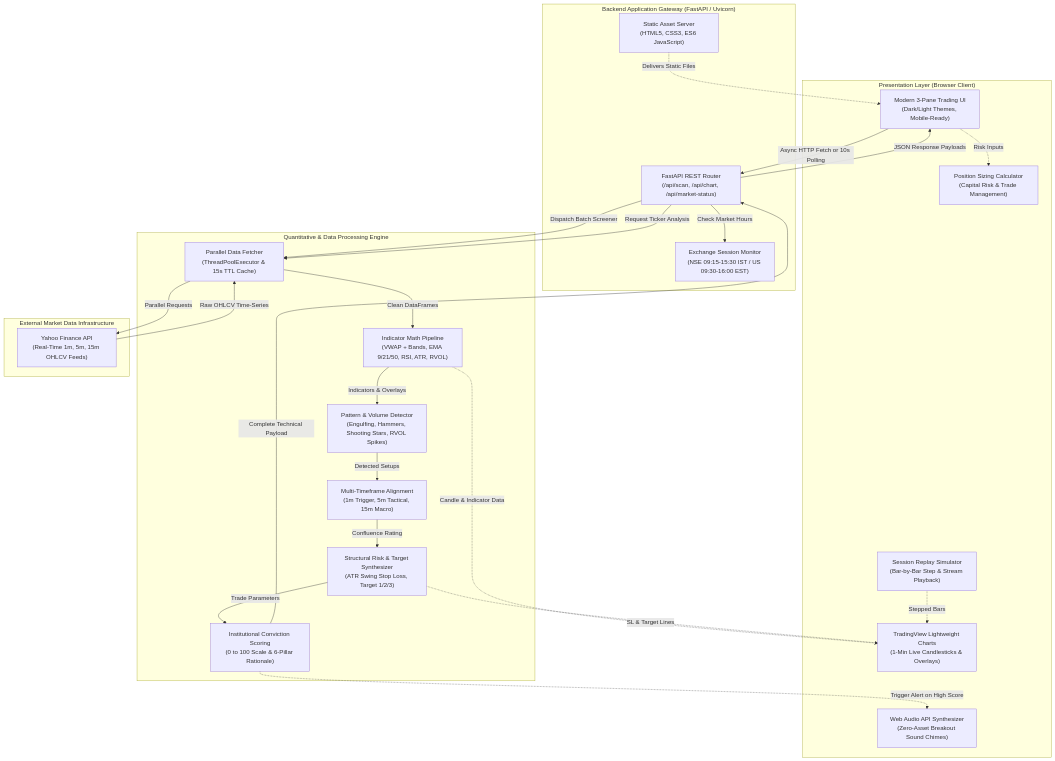
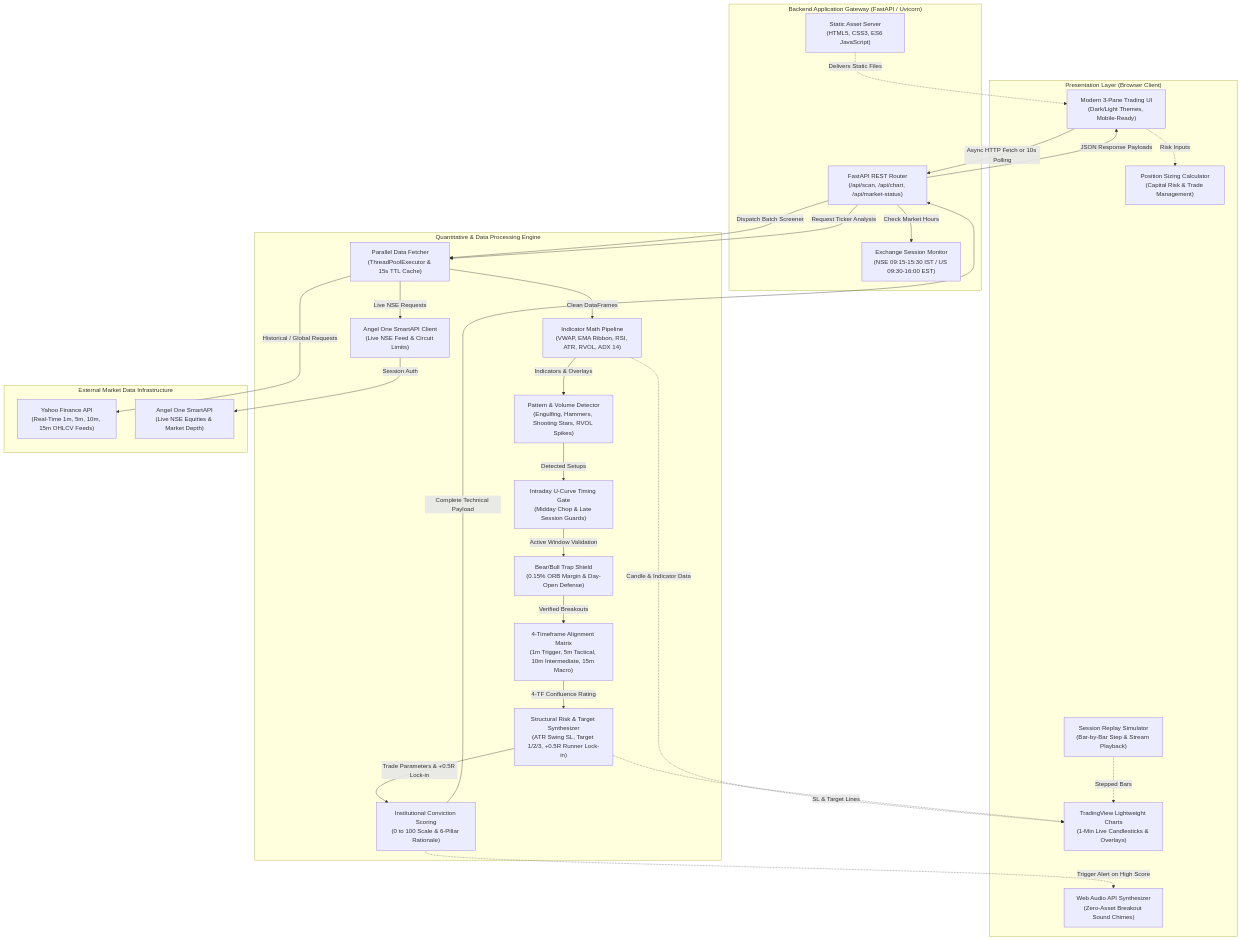
Before and after one commit to amitgupta2005/AntiGravity: the diagram in Intraday Stock Picker/README.md, drawn with Mermaid. The commit also changed other lines of this file and 11 other files, not shown here.

Commit message:
feat(intraday-picker): implement short selling, 4-TF confluence, backtesting engine, and anti-curve-fitting enhancements

````diff
--- a/Intraday Stock Picker/README.md
+++ b/Intraday Stock Picker/README.md
@@ -130,53 +171,60 @@
 ```mermaid
 flowchart TD
     subgraph Client["Presentation Layer (Browser Client)"]
         UI["Modern 3-Pane Trading UI<br/>(Dark/Light Themes, Mobile-Ready)"]
         TVC["TradingView Lightweight Charts<br/>(1-Min Live Candlesticks & Overlays)"]
         Replay["Session Replay Simulator<br/>(Bar-by-Bar Step & Stream Playback)"]
         Audio["Web Audio API Synthesizer<br/>(Zero-Asset Breakout Sound Chimes)"]
         PosCalc["Position Sizing Calculator<br/>(Capital Risk & Trade Management)"]
     end
 
     subgraph Gateway["Backend Application Gateway (FastAPI / Uvicorn)"]
         Router["FastAPI REST Router<br/>(/api/scan, /api/chart, /api/market-status)"]
         SessionClock["Exchange Session Monitor<br/>(NSE 09:15-15:30 IST / US 09:30-16:00 EST)"]
         StaticServer["Static Asset Server<br/>(HTML5, CSS3, ES6 JavaScript)"]
     end
 
     subgraph Quant["Quantitative & Data Processing Engine"]
         DataFetcher["Parallel Data Fetcher<br/>(ThreadPoolExecutor & 15s TTL Cache)"]
-        IndicatorPipeline["Indicator Math Pipeline<br/>(VWAP + Bands, EMA 9/21/50, RSI, ATR, RVOL)"]
+        AngelClient["Angel One SmartAPI Client<br/>(Live NSE Feed & Circuit Limits)"]
+        IndicatorPipeline["Indicator Math Pipeline<br/>(VWAP, EMA Ribbon, RSI, ATR, RVOL, ADX 14)"]
         PatternRecognizer["Pattern & Volume Detector<br/>(Engulfing, Hammers, Shooting Stars, RVOL Spikes)"]
-        MTFConfluence["Multi-Timeframe Alignment<br/>(1m Trigger, 5m Tactical, 15m Macro)"]
-        RiskEngine["Structural Risk & Target Synthesizer<br/>(ATR Swing Stop Loss, Target 1/2/3)"]
+        TimingGate["Intraday U-Curve Timing Gate<br/>(Midday Chop & Late Session Guards)"]
+        TrapShield["Bear/Bull Trap Shield<br/>(0.15% ORB Margin & Day-Open Defense)"]
+        MTFConfluence["4-Timeframe Alignment Matrix<br/>(1m Trigger, 5m Tactical, 10m Intermediate, 15m Macro)"]
+        RiskEngine["Structural Risk & Target Synthesizer<br/>(ATR Swing SL, Target 1/2/3, +0.5R Runner Lock-in)"]
         ScoreEngine["Institutional Conviction Scoring<br/>(0 to 100 Scale & 6-Pillar Rationale)"]
     end
 
     subgraph Provider["External Market Data Infrastructure"]
-        YahooFinance["Yahoo Finance API<br/>(Real-Time 1m, 5m, 15m OHLCV Feeds)"]
+        YahooFinance["Yahoo Finance API<br/>(Real-Time 1m, 5m, 10m, 15m OHLCV Feeds)"]
+        AngelAPI["Angel One SmartAPI<br/>(Live NSE Equities & Market Depth)"]
     end
 
     UI -->|Async HTTP Fetch or 10s Polling| Router
     Router -->|JSON Response Payloads| UI
     Router -->|Check Market Hours| SessionClock
     StaticServer -.->|Delivers Static Files| UI
     
     Router -->|Dispatch Batch Screener| DataFetcher
     Router -->|Request Ticker Analysis| DataFetcher
     
-    DataFetcher -->|Parallel Requests| YahooFinance
-    YahooFinance -->|Raw OHLCV Time-Series| DataFetcher
+    DataFetcher -->|Live NSE Requests| AngelClient
+    AngelClient -->|Session Auth| AngelAPI
+    DataFetcher -->|Historical / Global Requests| YahooFinance
     
     DataFetcher -->|Clean DataFrames| IndicatorPipeline
     IndicatorPipeline -->|Indicators & Overlays| PatternRecognizer
-    PatternRecognizer -->|Detected Setups| MTFConfluence
-    MTFConfluence -->|Confluence Rating| RiskEngine
-    RiskEngine -->|Trade Parameters| ScoreEngine
+    PatternRecognizer -->|Detected Setups| TimingGate
+    TimingGate -->|Active Window Validation| TrapShield
+    TrapShield -->|Verified Breakouts| MTFConfluence
+    MTFConfluence -->|4-TF Confluence Rating| RiskEngine
+    RiskEngine -->|Trade Parameters & +0.5R Lock-in| ScoreEngine
     ScoreEngine -->|Complete Technical Payload| Router
 
     ScoreEngine -.->|Trigger Alert on High Score| Audio
     IndicatorPipeline -.->|Candle & Indicator Data| TVC
     RiskEngine -.->|SL & Target Lines| TVC
     UI -.->|Risk Inputs| PosCalc
     Replay -.->|Stepped Bars| TVC
 ```
````
